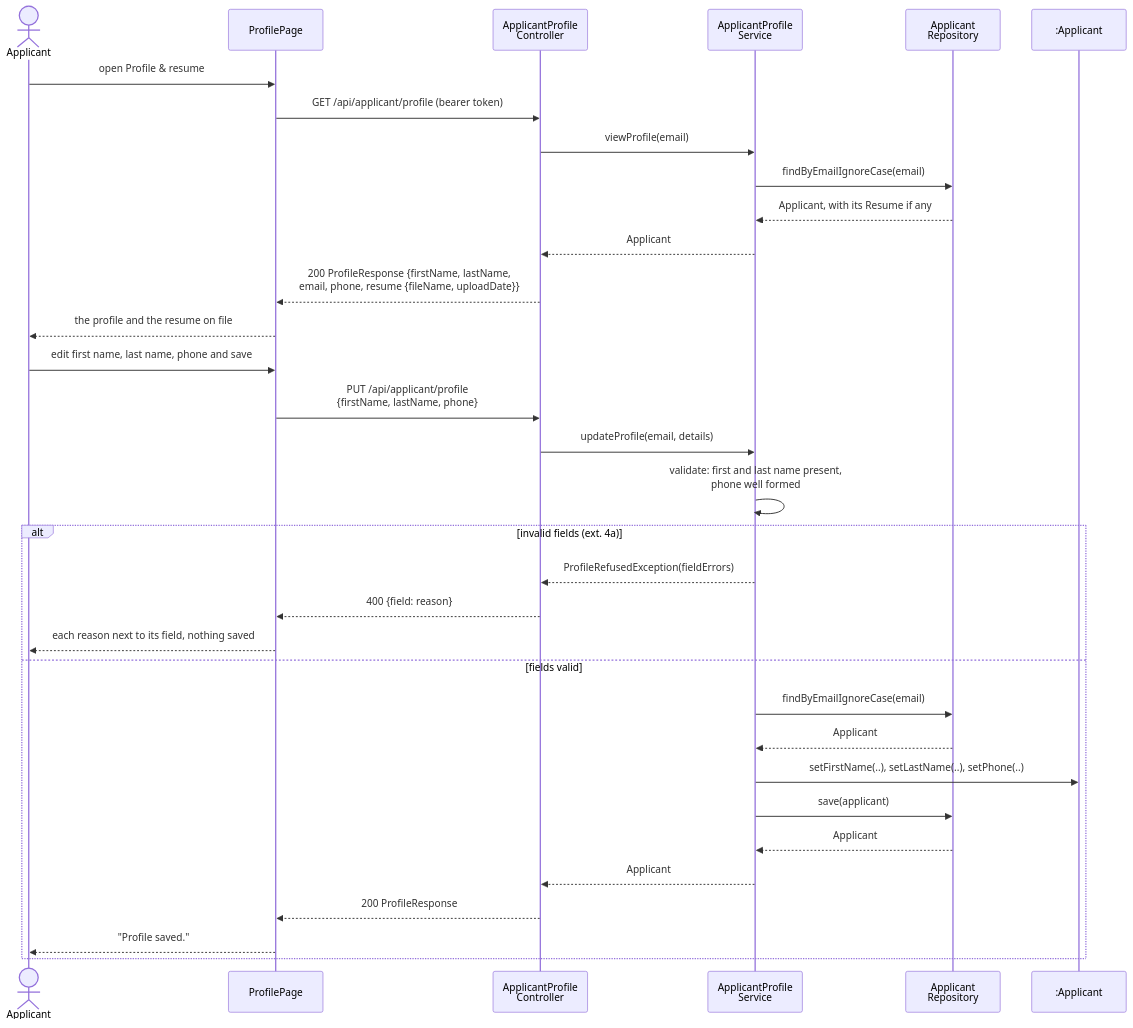
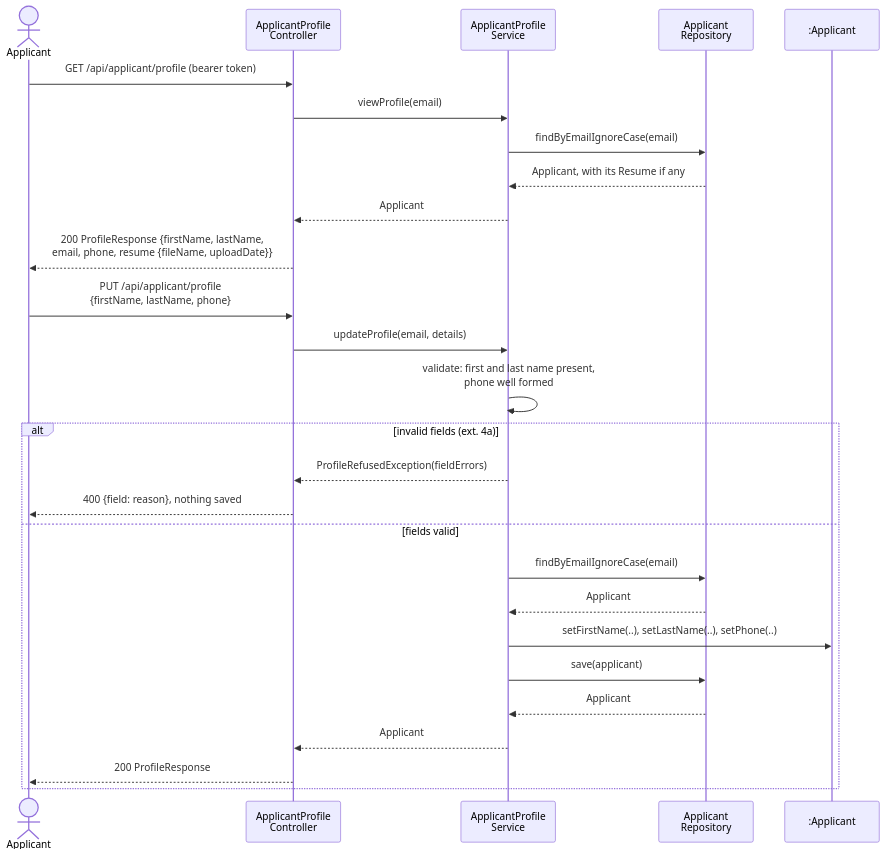
One commit to berdyshevol/careerbridge-csi5324 changed the third of 4 diagrams in spec/design.md. Above: the diagram before and after it, drawn with Mermaid. The commit also changed other lines of this file and 4 other files, not shown here.

````diff
--- a/spec/design.md
+++ b/spec/design.md
@@ -158,37 +128,31 @@
 ```mermaid
 sequenceDiagram
     actor AP as Applicant
-    participant PP as ProfilePage
     participant PC as ApplicantProfile<br/>Controller
     participant PS as ApplicantProfile<br/>Service
     participant AR as Applicant<br/>Repository
     participant A as :Applicant
 
-    AP->>PP: open Profile & resume
-    PP->>PC: GET /api/applicant/profile (bearer token)
+    AP->>PC: GET /api/applicant/profile (bearer token)
     PC->>PS: viewProfile(email)
     PS->>AR: findByEmailIgnoreCase(email)
     AR-->>PS: Applicant, with its Resume if any
     PS-->>PC: Applicant
-    PC-->>PP: 200 ProfileResponse {firstName, lastName,<br/>email, phone, resume {fileName, uploadDate}}
-    PP-->>AP: the profile and the resume on file
+    PC-->>AP: 200 ProfileResponse {firstName, lastName,<br/>email, phone, resume {fileName, uploadDate}}
 
-    AP->>PP: edit first name, last name, phone and save
-    PP->>PC: PUT /api/applicant/profile<br/>{firstName, lastName, phone}
+    AP->>PC: PUT /api/applicant/profile<br/>{firstName, lastName, phone}
     PC->>PS: updateProfile(email, details)
     PS->>PS: validate: first and last name present,<br/>phone well formed
     alt invalid fields (ext. 4a)
         PS-->>PC: ProfileRefusedException(fieldErrors)
-        PC-->>PP: 400 {field: reason}
-        PP-->>AP: each reason next to its field, nothing saved
+        PC-->>AP: 400 {field: reason}, nothing saved
     else fields valid
         PS->>AR: findByEmailIgnoreCase(email)
         AR-->>PS: Applicant
         PS->>A: setFirstName(..), setLastName(..), setPhone(..)
         PS->>AR: save(applicant)
         AR-->>PS: Applicant
         PS-->>PC: Applicant
-        PC-->>PP: 200 ProfileResponse
-        PP-->>AP: "Profile saved."
+        PC-->>AP: 200 ProfileResponse
     end
 ```
````
